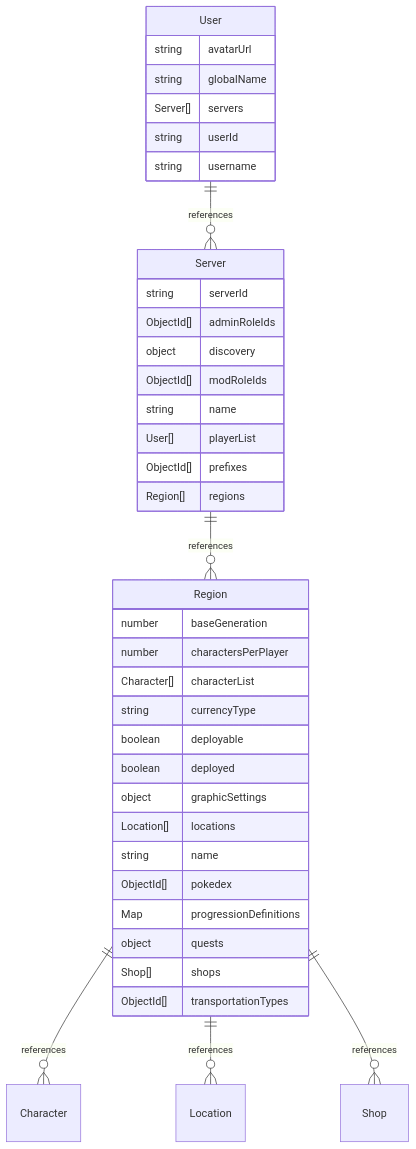
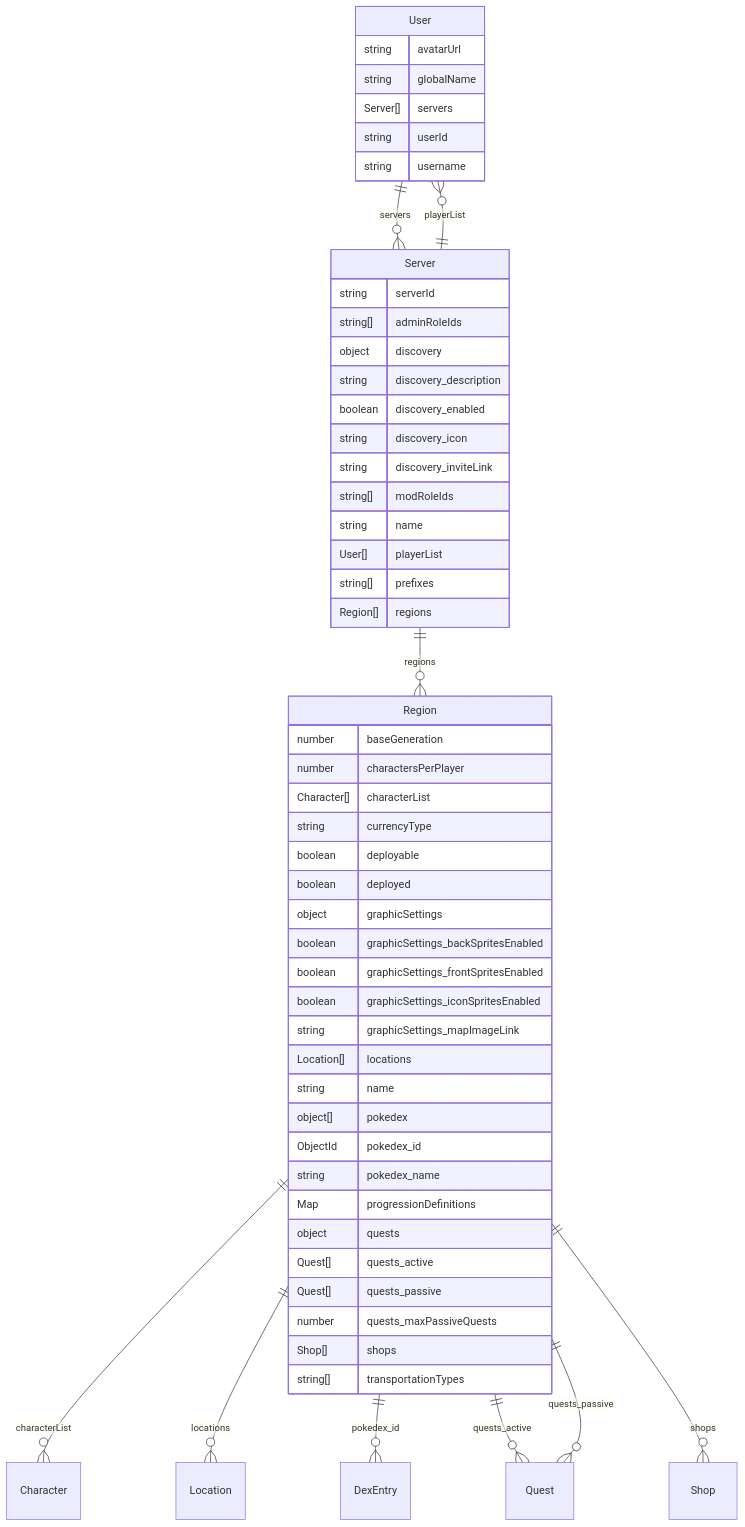
The diagram in docs/erd.md (nbely/pokesandbox), drawn with Mermaid before and after one commit. The commit also changed other lines of this file and 4 other files, not shown here.

````diff
--- a/docs/erd.md
+++ b/docs/erd.md
@@ -7,44 +7,61 @@
 ```mermaid
 erDiagram
     User {
         string avatarUrl
         string globalName
         Server[] servers
         string userId
         string username
     }
 
     Server {
         string serverId
-        ObjectId[] adminRoleIds
+        string[] adminRoleIds
         object discovery
-        ObjectId[] modRoleIds
+        string discovery_description
+        boolean discovery_enabled
+        string discovery_icon
+        string discovery_inviteLink
+        string[] modRoleIds
         string name
         User[] playerList
-        ObjectId[] prefixes
+        string[] prefixes
         Region[] regions
     }
 
     Region {
         number baseGeneration
         number charactersPerPlayer
         Character[] characterList
         string currencyType
         boolean deployable
         boolean deployed
         object graphicSettings
+        boolean graphicSettings_backSpritesEnabled
+        boolean graphicSettings_frontSpritesEnabled
+        boolean graphicSettings_iconSpritesEnabled
+        string graphicSettings_mapImageLink
         Location[] locations
         string name
-        ObjectId[] pokedex
+        object[] pokedex
+        ObjectId pokedex_id
+        string pokedex_name
         Map progressionDefinitions
         object quests
+        Quest[] quests_active
+        Quest[] quests_passive
+        number quests_maxPassiveQuests
         Shop[] shops
-        ObjectId[] transportationTypes
+        string[] transportationTypes
     }
 
-    User ||--o{ Server : "references"
-    Server ||--o{ Region : "references"
-    Region ||--o{ Character : "references"
-    Region ||--o{ Location : "references"
-    Region ||--o{ Shop : "references"
+    User ||--o{ Server : "servers"
+    Server ||--o{ User : "playerList"
+    Server ||--o{ Region : "regions"
+    Region ||--o{ Character : "characterList"
+    Region ||--o{ Location : "locations"
+    Region ||--o{ DexEntry : "pokedex_id"
+    Region ||--o{ Quest : "quests_active"
+    Region ||--o{ Quest : "quests_passive"
+    Region ||--o{ Shop : "shops"
 ```
````
